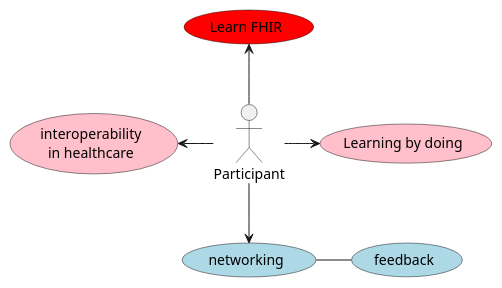
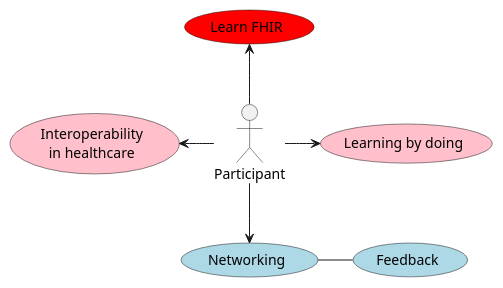
The diagram in Norwegian-FHIR-hackathon-2026/input/images-source/main-use-casev2.plantuml (HL7Norway/Norwegian-FHIR-Hackathon-2026), drawn with PlantUML before and after one commit. The commit also changed 2 other files, not shown here.

```diff
--- a/Norwegian-FHIR-hackathon-2026/input/images-source/main-use-casev2.plantuml
+++ b/Norwegian-FHIR-hackathon-2026/input/images-source/main-use-casev2.plantuml
@@ -1,59 +1,59 @@
 @startuml
 
 "Participant" as participant
 
 "Learn FHIR" as (fhir) #red
 'rectangle "test" as rect {
-"interoperability\nin healthcare" as (learn) #pink
+"Interoperability\nin healthcare" as (learn) #pink
 "Learning by doing" as (doing) #pink
-"networking" as (give) #lightblue
-"feedback" as (get) #lightblue
+"Networking" as (give) #lightblue
+"Feedback" as (get) #lightblue
 
 '(test) -down[hidden]- (give)
 '(provide) -down[hidden]- (get)
 'applikasjon -up-> learn
 'applikasjon -up-> doing
 'applikasjon -up-> fhir
 'applikasjon -left-> provide
 'applikasjon -down-> get
 get -left- give
 'provide -left- test
 'learn -down[hidden]- fhir
 'doing -down[hidden]- fhir
 'fhir -down[hidden]- learn
 'fhir -down[hidden]- doing
 'provide -down[hidden]- get
 participant -left-> learn
 
 'source -down- applikasjon
 '}
 'actor "Pasient" as pasient 
 '[API] as api
 '"skrive informasjon" as (skrive) #lightblue
 
 'test -[hidden]down- give
 'api -[hidden]right- pasient
 
 'participant -right-> test
 'søke <-down- pasient
 participant -right-> (doing)
 participant -up-> (fhir)
 participant -down-> (give)
 '(give) <-right- pasient
 'kliniker -down-> (skrive)
 
 'pasient -left-> give
 'pasient -[hidden]left-> skrive
 'pasient -down-> skrive
 
 '(søke) -down- app
 'app -down- (give)
 '(give) -right- app
 'app -down- pasient
 'skrive -down- dokumentasjon
 'give -down- presentasjon
 
 'api .up. give
 'api .down. skrive
 
 @enduml
```
